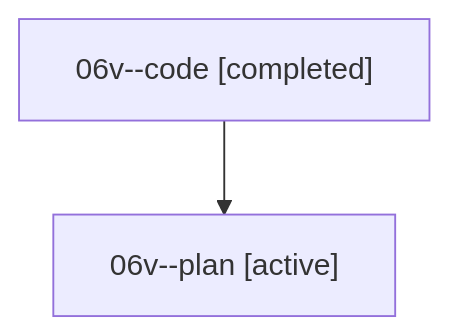
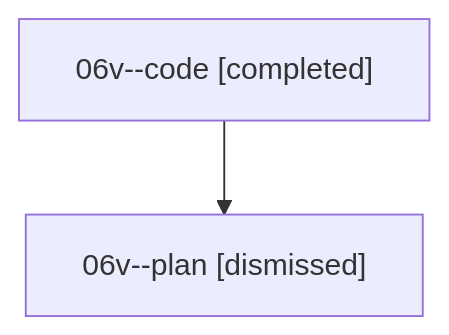
One commit to bobs-org/bob-cli--agents changed the diagram in sessions/bbugyi200.athena.06v.md. Above: the diagram before and after it, drawn with Mermaid. The commit also changed other lines of this file and 12 other files, not shown here.

````diff
--- a/sessions/bbugyi200.athena.06v.md
+++ b/sessions/bbugyi200.athena.06v.md
@@ -9,6 +9,6 @@
 ```mermaid
 flowchart TD
   n0["06v--code [completed]"]
-  n1["06v--plan [active]"]
+  n1["06v--plan [dismissed]"]
   n0 --> n1
 ```
````
